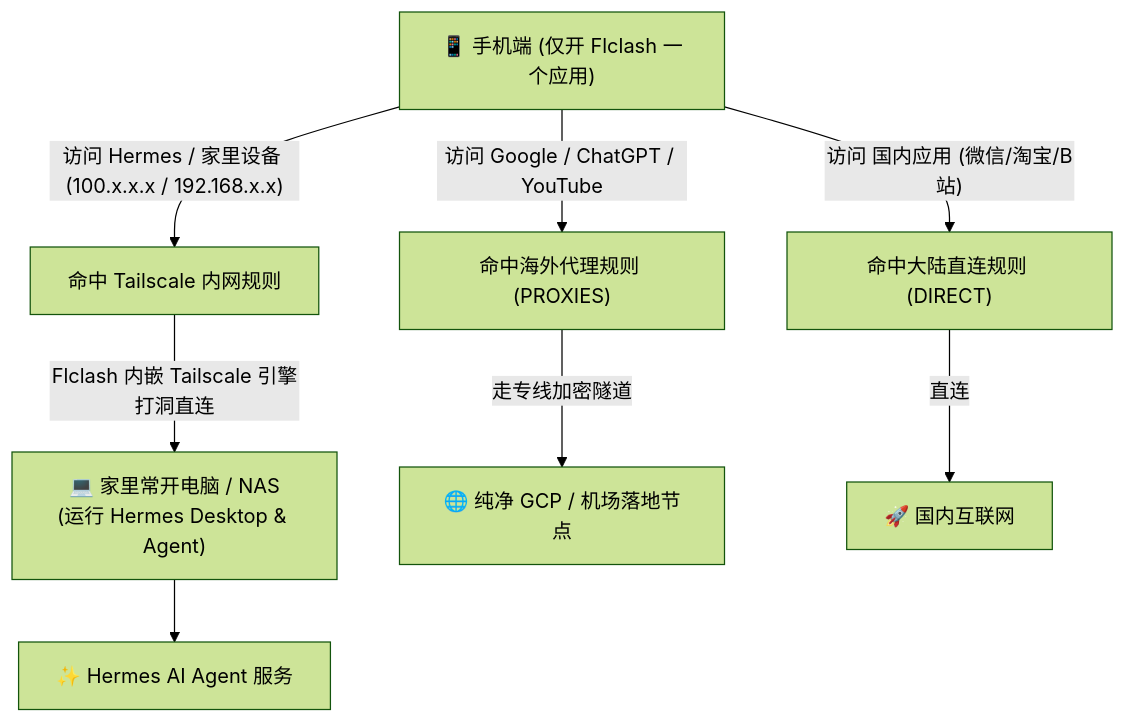
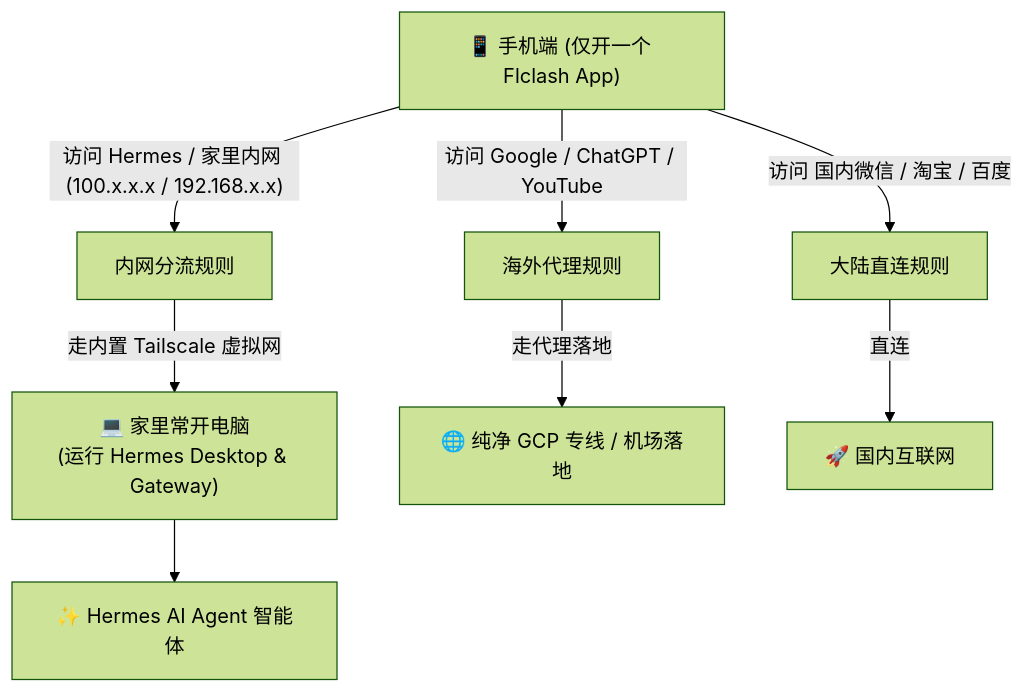
The diagram in README.md (pierpont-morgan/hermes-clash), drawn with Mermaid (forest theme) before and after one commit. The commit also changed other lines of this file, not shown here.

Commit message:
docs: remove internal code name Scheme C, rename to Hermes Flclash All-in-One guide

````diff
--- a/README.md
+++ b/README.md
@@ -19,14 +21,14 @@
 ```mermaid
 flowchart TD
-    Phone["📱 手机端 (仅开 Flclash 一个应用)"]
+    Phone["📱 手机端 (仅开一个 Flclash App)"]
     
-    Phone -->|"访问 Hermes / 家里设备 (100.x.x.x / 192.168.x.x)"| Rule1["命中 Tailscale 内网规则"]
-    Phone -->|"访问 Google / ChatGPT / YouTube"| Rule2["命中海外代理规则 (PROXIES)"]
-    Phone -->|"访问 国内应用 (微信/淘宝/B站)"| Rule3["命中大陆直连规则 (DIRECT)"]
+    Phone -->|"访问 Hermes / 家里内网 (100.x.x.x / 192.168.x.x)"| Rule1["内网分流规则"]
+    Phone -->|"访问 Google / ChatGPT / YouTube"| Rule2["海外代理规则"]
+    Phone -->|"访问 国内微信 / 淘宝 / 百度"| Rule3["大陆直连规则"]
     
-    Rule1 -->|"Flclash 内嵌 Tailscale 引擎打洞直连"| HomePC["💻 家里常开电脑 / NAS<br/>(运行 Hermes Desktop & Agent)"]
-    HomePC --> Hermes["✨ Hermes AI Agent 服务"]
+    Rule1 -->|"走内置 Tailscale 虚拟网"| HomePC["💻 家里常开电脑<br/>(运行 Hermes Desktop & Gateway)"]
+    HomePC --> Hermes["✨ Hermes AI Agent 智能体"]
     
-    Rule2 -->|"走专线加密隧道"| Foreign["🌐 纯净 GCP / 机场落地节点"]
+    Rule2 -->|"走代理落地"| Foreign["🌐 纯净 GCP 专线 / 机场落地"]
     Rule3 -->|"直连"| Direct["🚀 国内互联网"]
 ```
````
